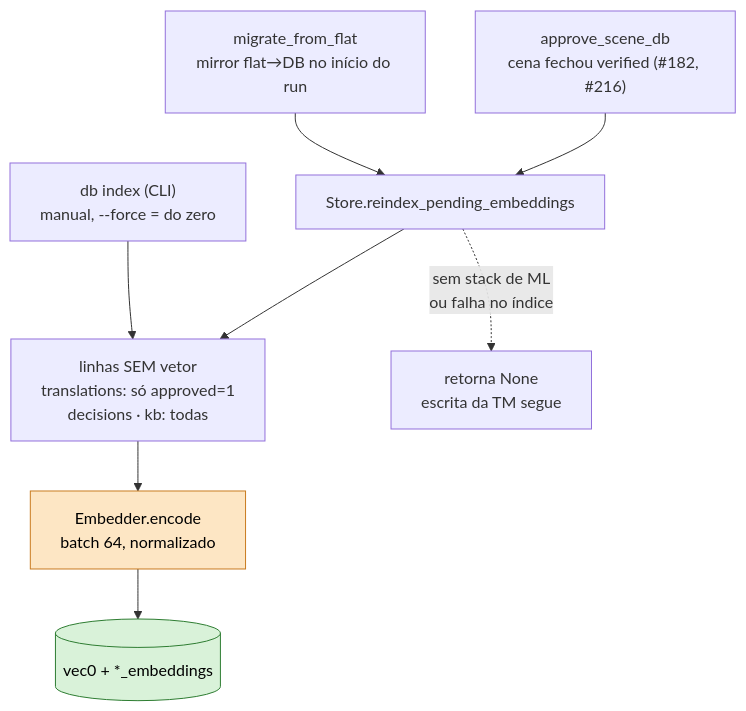
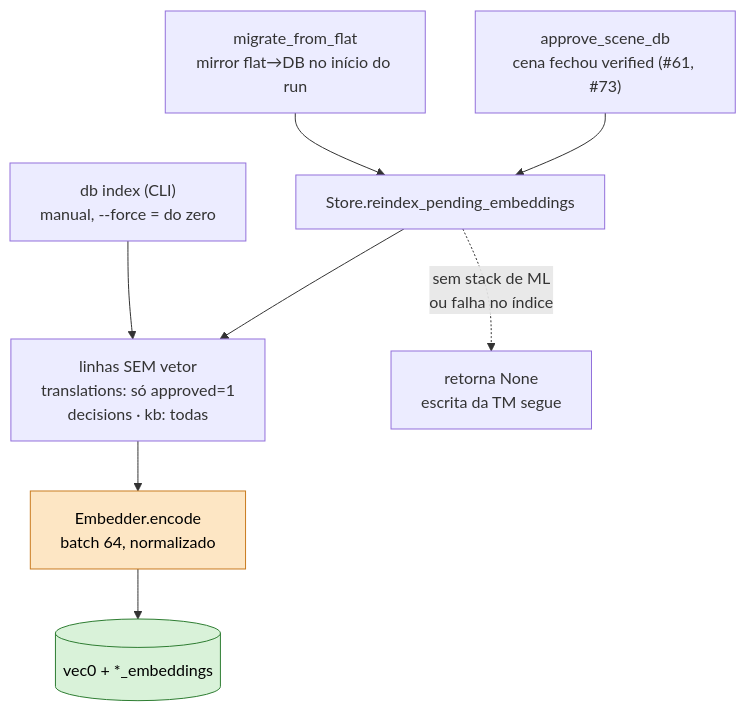
One commit to scudellerlemos/translation-cognition-framework changed the third of 7 diagrams in docs/RAG_ARCHITECTURE.md. Above: the diagram before and after it, drawn with Mermaid. The commit also changed other lines of this file and 92 other files, not shown here.

````diff
--- a/docs/RAG_ARCHITECTURE.md
+++ b/docs/RAG_ARCHITECTURE.md
@@ -152,20 +152,20 @@
 ```mermaid
 flowchart TB
   a["db index (CLI)<br/>manual, --force = do zero"]
   b["migrate_from_flat<br/>mirror flat→DB no início do run"]
-  c["approve_scene_db<br/>cena fechou verified (#182, #216)"]
+  c["approve_scene_db<br/>cena fechou verified (#61, #73)"]
   r["Store.reindex_pending_embeddings"]
   q["linhas SEM vetor<br/>translations: só approved=1<br/>decisions · kb: todas"]
   e["Embedder.encode<br/>batch 64, normalizado"]
   w[("vec0 + *_embeddings")]
   x["retorna None<br/>escrita da TM segue"]
 
   a --> q
   b & c --> r --> q --> e --> w
   r -. "sem stack de ML<br/>ou falha no índice" .-> x
 
   classDef em fill:#fde6c4,stroke:#c97b1f,color:#000;
   classDef st fill:#d9f2d9,stroke:#2e7d32,color:#000;
   class e em;
   class w st;
 ```
````
